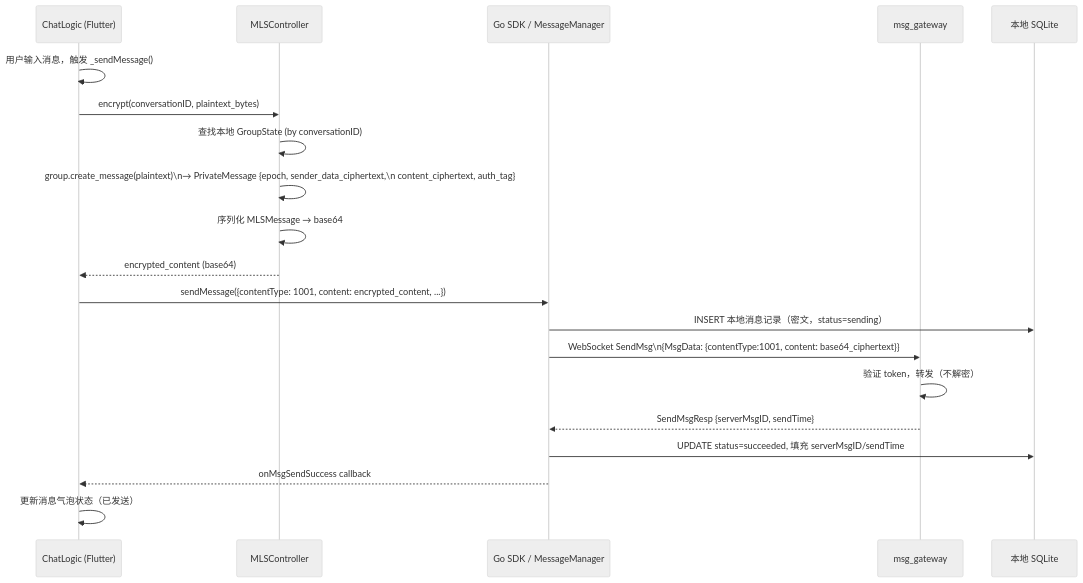
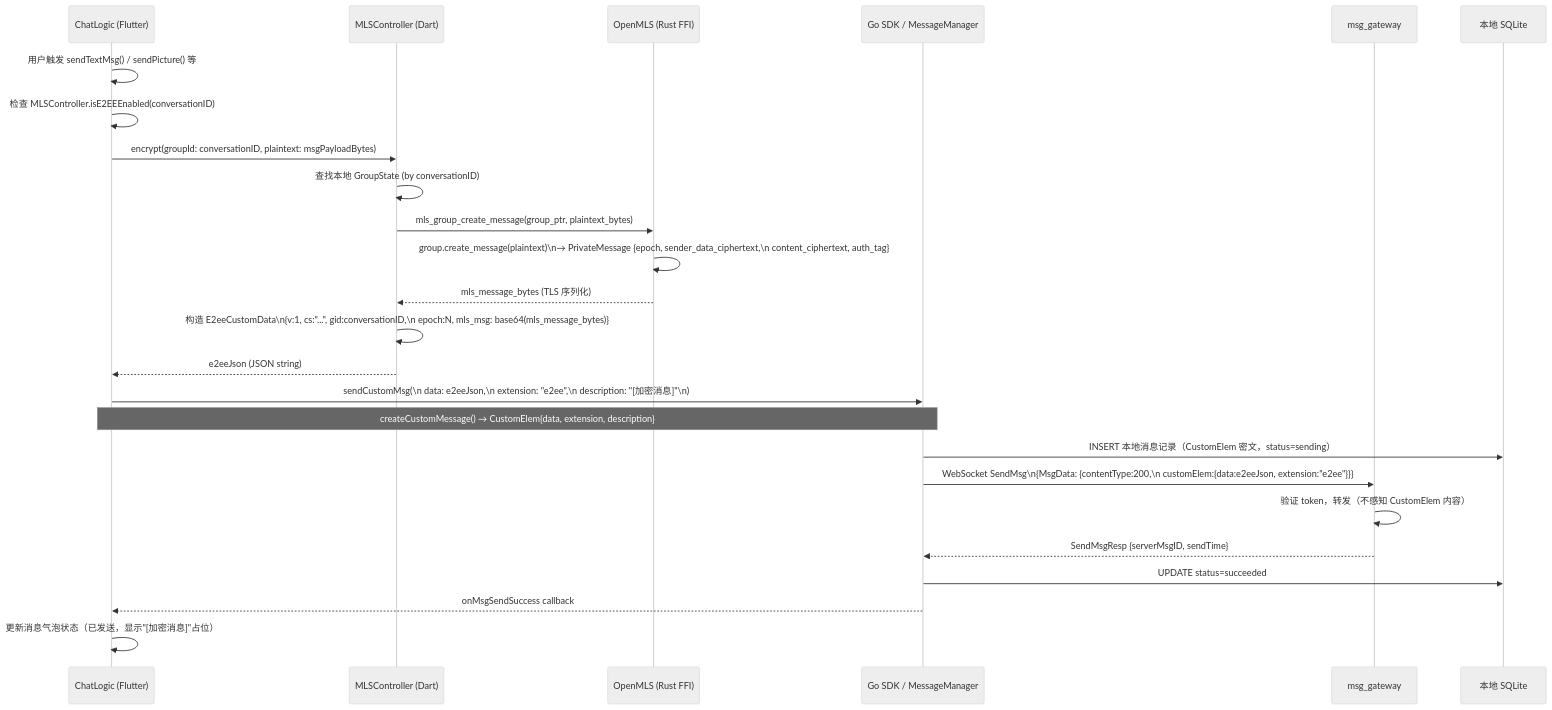
Before and after one commit to sok-im/open-im-server-origin: the third of 9 diagrams in e2ee-openmls-design.md, drawn with Mermaid (neutral theme). The commit also changed other lines of this file and 10 other files, not shown here.

````diff
--- a/e2ee-openmls-design.md
+++ b/e2ee-openmls-design.md
@@ -219,25 +233,30 @@
 ```mermaid
 sequenceDiagram
     participant UI as ChatLogic (Flutter)
-    participant MLS as MLSController
+    participant MLS as MLSController (Dart)
+    participant FFI as OpenMLS (Rust FFI)
     participant SDK as Go SDK / MessageManager
     participant GW as msg_gateway
     participant DB as 本地 SQLite
 
-    UI->>UI: 用户输入消息，触发 _sendMessage()
-    UI->>MLS: encrypt(conversationID, plaintext_bytes)
+    UI->>UI: 用户触发 sendTextMsg() / sendPicture() 等
+    UI->>UI: 检查 MLSController.isE2EEEnabled(conversationID)
+    UI->>MLS: encrypt(groupId: conversationID, plaintext: msgPayloadBytes)
     MLS->>MLS: 查找本地 GroupState (by conversationID)
-    MLS->>MLS: group.create_message(plaintext)\n→ PrivateMessage {epoch, sender_data_ciphertext,\n   content_ciphertext, auth_tag}
-    MLS->>MLS: 序列化 MLSMessage → base64
-    MLS-->>UI: encrypted_content (base64)
+    MLS->>FFI: mls_group_create_message(group_ptr, plaintext_bytes)
+    FFI->>FFI: group.create_message(plaintext)\n→ PrivateMessage {epoch, sender_data_ciphertext,\n   content_ciphertext, auth_tag}
+    FFI-->>MLS: mls_message_bytes (TLS 序列化)
+    MLS->>MLS: 构造 E2eeCustomData\n{v:1, cs:"...", gid:conversationID,\n epoch:N, mls_msg: base64(mls_message_bytes)}
+    MLS-->>UI: e2eeJson (JSON string)
 
-    UI->>SDK: sendMessage({contentType: 1001, content: encrypted_content, ...})
-    SDK->>DB: INSERT 本地消息记录（密文，status=sending）
-    SDK->>GW: WebSocket SendMsg\n{MsgData: {contentType:1001, content: base64_ciphertext}}
+    UI->>SDK: sendCustomMsg(\n  data: e2eeJson,\n  extension: "e2ee",\n  description: "[加密消息]"\n)
+    Note over UI,SDK: createCustomMessage() → CustomElem{data, extension, description}
+    SDK->>DB: INSERT 本地消息记录（CustomElem 密文，status=sending）
+    SDK->>GW: WebSocket SendMsg\n{MsgData: {contentType:200,\n  customElem:{data:e2eeJson, extension:"e2ee"}}}
 
-    GW->>GW: 验证 token，转发（不解密）
+    GW->>GW: 验证 token，转发（不感知 CustomElem 内容）
     GW-->>SDK: SendMsgResp {serverMsgID, sendTime}
-    SDK->>DB: UPDATE status=succeeded, 填充 serverMsgID/sendTime
+    SDK->>DB: UPDATE status=succeeded
     SDK-->>UI: onMsgSendSuccess callback
-    UI->>UI: 更新消息气泡状态（已发送）
+    UI->>UI: 更新消息气泡状态（已发送，显示"[加密消息]"占位）
 ```
````
